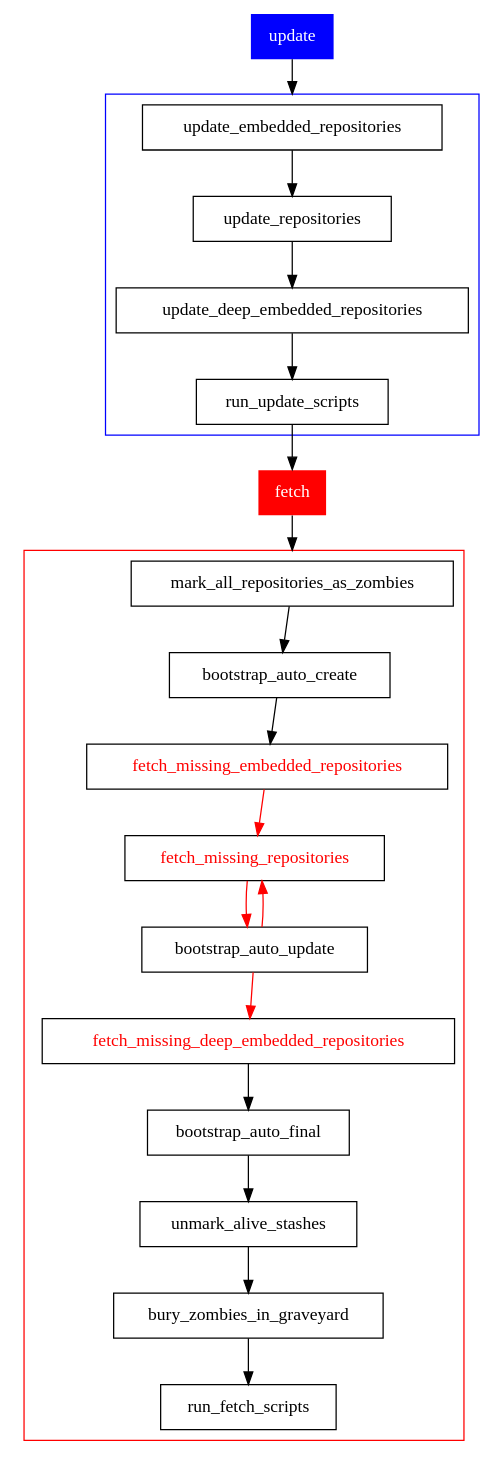
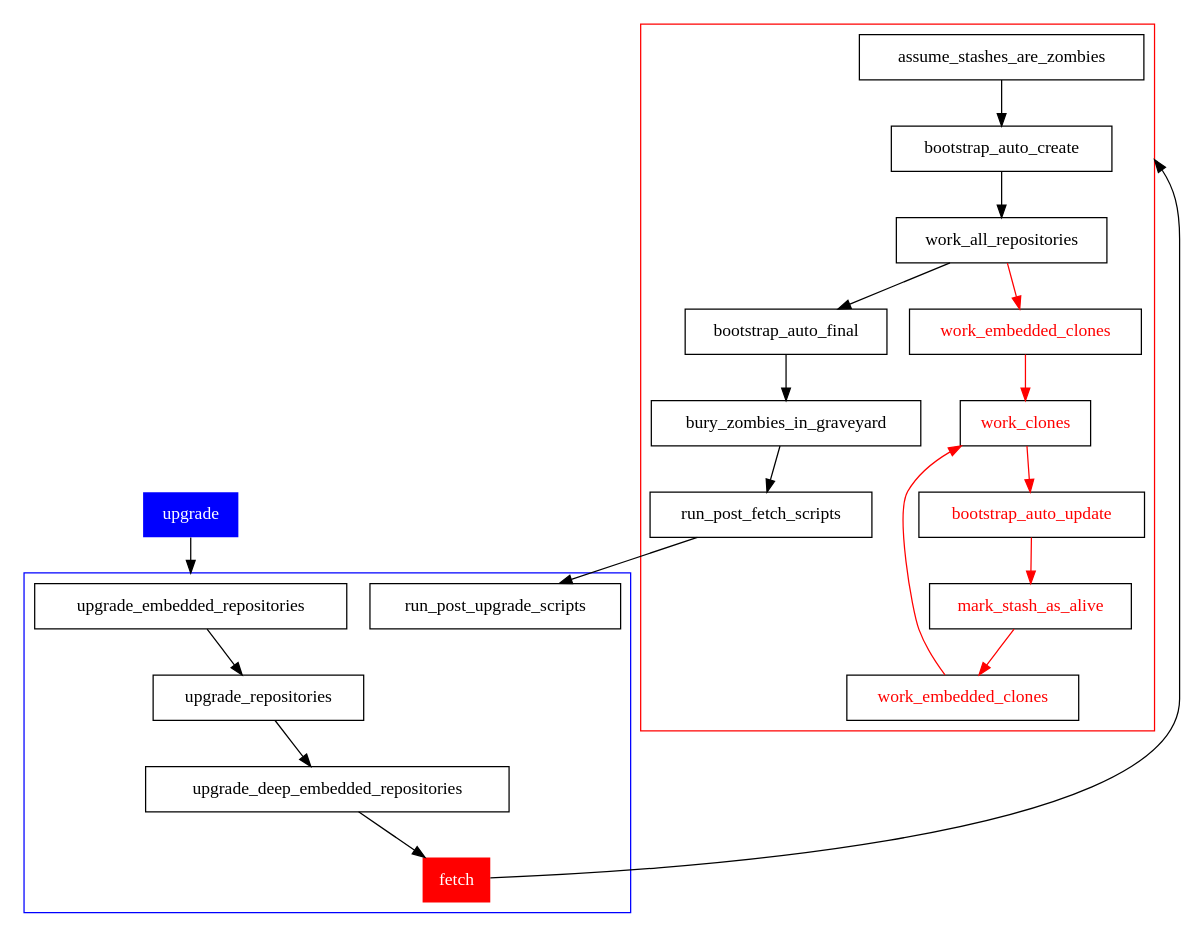
The diagram in dox/fetch/2.fetch-update-detail.dot (mulle-sde/mulle-sourcetree), drawn with Graphviz before and after one commit.

Commit message:
Looks pretty good, now.

```diff
--- a/dox/fetch/2.fetch-update-detail.dot
+++ b/dox/fetch/2.fetch-update-detail.dot
@@ -1,48 +1,54 @@
 digraph refresh {
    compound=true
    node [shape="none"]
 
    "fetch"  [ fillcolor="red", style="filled", fontcolor="white"]
-   "update" [ fillcolor="blue", style="filled", fontcolor="white"]
+   "upgrade" [ fillcolor="blue", style="filled", fontcolor="white"]
 
    node [shape="record"]
 
-   fetch  -> "mark_all_repositories_as_zombies" [ lhead=cluster_0]
-   update -> "update_embedded_repositories"     [ lhead=cluster_1]
-   "run_update_scripts"            -> "fetch" [ lhead=cluster_0]
+   fetch  -> "assume_stashes_are_zombies" [ lhead=cluster_0]
+   upgrade -> "upgrade_embedded_repositories"     [ lhead=cluster_1]
 
 
    subgraph cluster_0 {
       node [shape="record"]
       color="red"
 
-      "bootstrap_auto_update"
       "inviso" [ style="invisible"]
-      "mark_all_repositories_as_zombies"    -> "bootstrap_auto_create"
 
-      "bootstrap_auto_create"               -> "fetch_missing_embedded_repositories"
+      "assume_stashes_are_zombies"          -> "bootstrap_auto_create"
 
-      "fetch_missing_embedded_repositories" -> "fetch_missing_repositories" [color="red"]
-      "fetch_missing_repositories"          -> "bootstrap_auto_update" [color="red"]
-      "bootstrap_auto_update"               -> "fetch_missing_repositories"   [color="red"]
+      "bootstrap_auto_create"               -> "work_all_repositories"
 
-      "bootstrap_auto_update"               -> "fetch_missing_deep_embedded_repositories" [color="red"]
-      "fetch_missing_deep_embedded_repositories" -> "bootstrap_auto_final"
-      "bootstrap_auto_final"                -> "unmark_alive_stashes"
+      "work_all_repositories"               -> "work_embedded_clones"     [color="red"]
+      "work_embedded_clones"                -> "work_clones"              [color="red"]
+      "work_clones"                         -> "bootstrap_auto_update"    [color="red"]
+      "bootstrap_auto_update"               -> "mark_stash_as_alive"      [color="red"]
+      "mark_stash_as_alive"                 -> "work_embedded_clones (2)" [color="red"]
+      "work_embedded_clones (2)"            -> "work_clones"              [color="red"]
+      "work_all_repositories"               -> "bootstrap_auto_final"
+      "bootstrap_auto_final"                -> "bury_zombies_in_graveyard"
 
-      "unmark_alive_stashes"                -> "bury_zombies_in_graveyard"
-      "bury_zombies_in_graveyard"           -> "run_fetch_scripts"
+      "bury_zombies_in_graveyard"           -> "run_post_fetch_scripts"
 
-      "fetch_missing_embedded_repositories"        [ fontcolor="red"]
-      "fetch_missing_repositories"                 [ fontcolor="red"]
-      "fetch_missing_deep_embedded_repositories"   [ fontcolor="red"]
+      "work_embedded_clones"                 [ fontcolor="red"]
+      "work_clones"                          [ fontcolor="red"]
+      "work_clones"                          [ fontcolor="red"]
+      "mark_stash_as_alive"                  [ fontcolor="red"]
+      "bootstrap_auto_update"                [ fontcolor="red"]
+      "work_embedded_clones (2)"             [ label="work_embedded_clones", fontcolor="red"]
    }
+
    subgraph cluster_1 {
       node [shape="record"]
       color="blue"
 
-      "update_embedded_repositories"  -> "update_repositories"
-      "update_repositories"           -> "update_deep_embedded_repositories"
-      "update_deep_embedded_repositories"  -> "run_update_scripts"
+      "upgrade_embedded_repositories"       -> "upgrade_repositories"
+      "upgrade_repositories"                -> "upgrade_deep_embedded_repositories"
+      "upgrade_deep_embedded_repositories"  -> "fetch"
+      "run_post_fetch_scripts"              -> "run_post_upgrade_scripts" [ lhead="cluster_0"]
    }
+
+
 }
```
